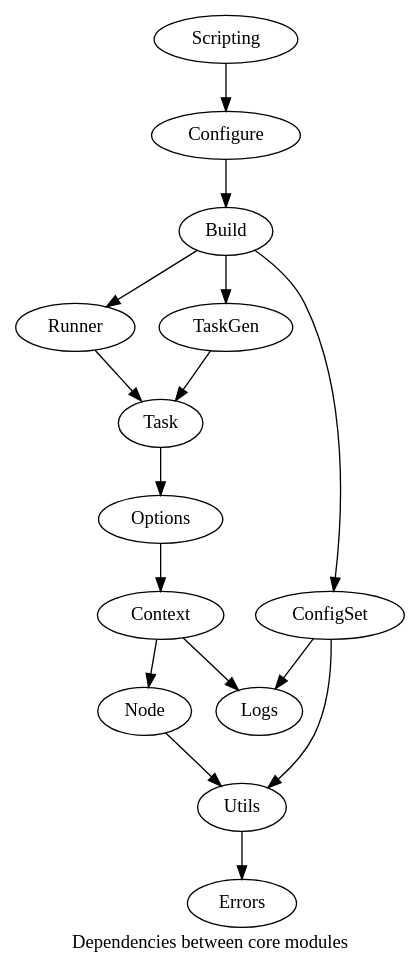
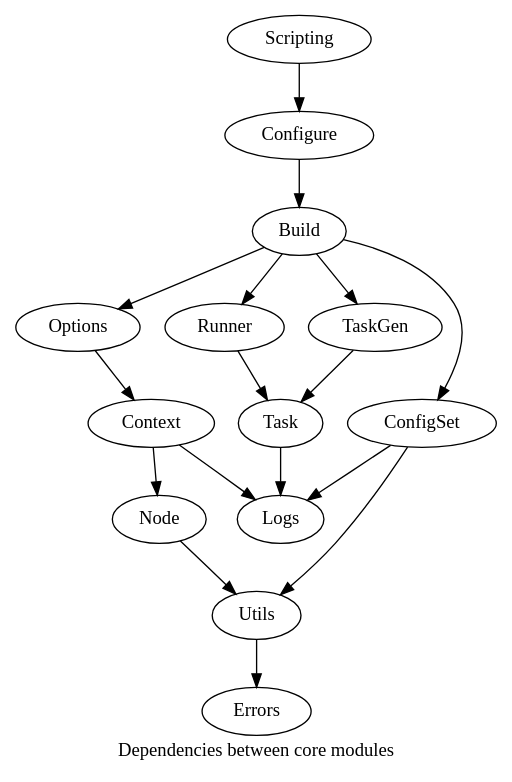
One commit to silnrsi/smith changed the diagram in docs/book/core.dot. Above: the diagram before and after it, drawn with Graphviz. The commit also changed 1 other file, not shown here.

```diff
--- a/docs/book/core.dot
+++ b/docs/book/core.dot
@@ -1,29 +1,31 @@
 digraph G {
 	label="Dependencies between core modules";
 
 	Build -> Runner;
 	Build -> TaskGen;
 	Build -> ConfigSet;
+	Build -> Options;
 
 	ConfigSet -> Utils;
 	ConfigSet -> Logs;
 
 	Configure -> Build;
 
 	Context -> Logs;
 	Context -> "Node";
 
 	"Node" -> Utils;
 
 	Options -> Context;
 
 	Runner -> Task;
 
 	Scripting -> Configure;
 
 	TaskGen -> Task;
 
-	Task -> Options;
+	//Task -> Utils;
+	Task -> Logs;
 
 	Utils -> Errors;
 }
```
